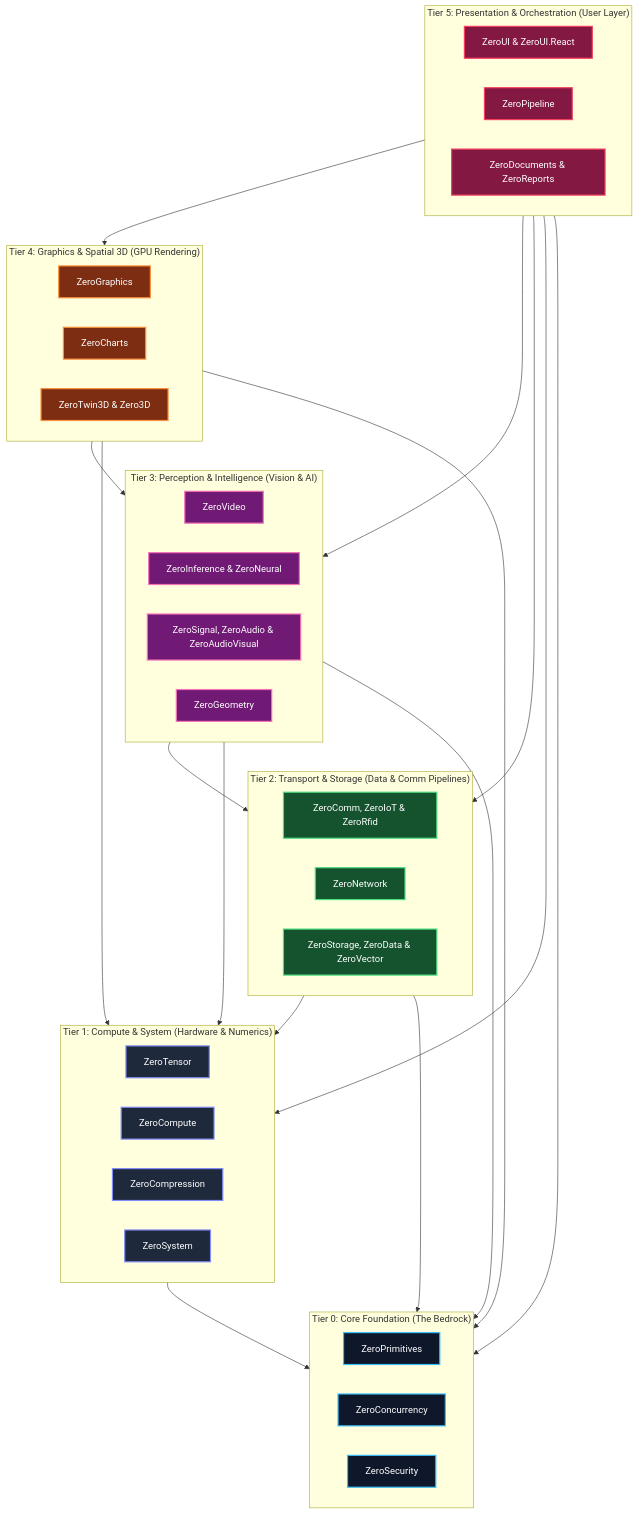
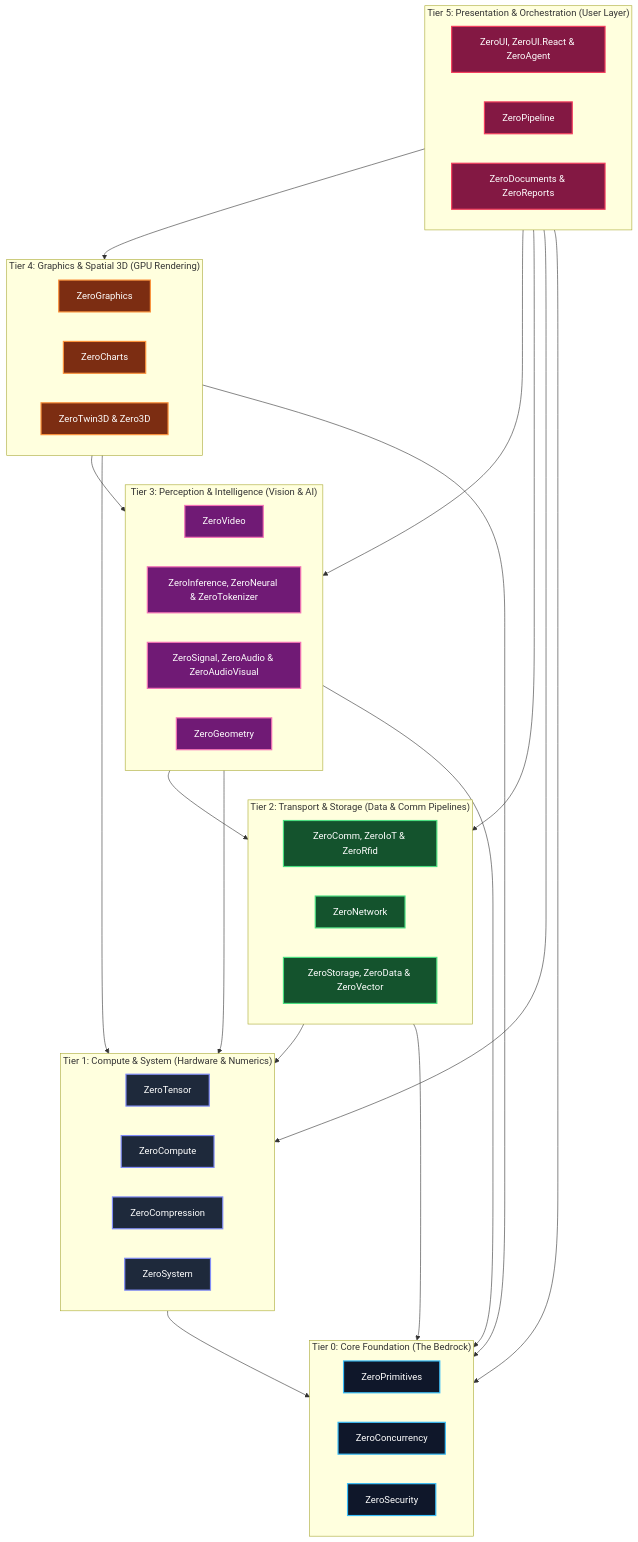
One commit to kzxl/ZeroPlatform changed the diagram in docs/architect/platform-architecture.md. Above: the diagram before and after it, drawn with Mermaid. The commit also changed other lines of this file and 5 other files, not shown here.

Commit message:
feat(orchestrator): integrate ZeroTokenizer (L3) and ZeroAgent (L5) into ecosystem

````diff
--- a/docs/architect/platform-architecture.md
+++ b/docs/architect/platform-architecture.md
@@ -13,53 +13,53 @@
 ```mermaid
 graph TD
     classDef l0 fill:#0f172a,stroke:#38bdf8,stroke-width:2px,color:#fff;
     classDef l1 fill:#1e293b,stroke:#818cf8,stroke-width:2px,color:#fff;
     classDef l2 fill:#14532d,stroke:#4ade80,stroke-width:2px,color:#fff;
     classDef l3 fill:#701a75,stroke:#f472b6,stroke-width:2px,color:#fff;
     classDef l4 fill:#7c2d12,stroke:#fb923c,stroke-width:2px,color:#fff;
     classDef l5 fill:#831843,stroke:#f43f5e,stroke-width:2px,color:#fff;
 
     subgraph L5 ["Tier 5: Presentation & Orchestration (User Layer)"]
-        UI["ZeroUI & ZeroUI.React"]:::l5
+        UI["ZeroUI, ZeroUI.React & ZeroAgent"]:::l5
         Pipe["ZeroPipeline"]:::l5
         Docs["ZeroDocuments & ZeroReports"]:::l5
     end
 
     subgraph L4 ["Tier 4: Graphics & Spatial 3D (GPU Rendering)"]
         Gfx["ZeroGraphics"]:::l4
         Charts["ZeroCharts"]:::l4
         Twin["ZeroTwin3D & Zero3D"]:::l4
     end
 
     subgraph L3 ["Tier 3: Perception & Intelligence (Vision & AI)"]
         Video["ZeroVideo"]:::l3
-        Infer["ZeroInference & ZeroNeural"]:::l3
+        Infer["ZeroInference, ZeroNeural & ZeroTokenizer"]:::l3
         Sig["ZeroSignal, ZeroAudio & ZeroAudioVisual"]:::l3
         Geom["ZeroGeometry"]:::l3
     end
 
     subgraph L2 ["Tier 2: Transport & Storage (Data & Comm Pipelines)"]
         Comm["ZeroComm, ZeroIoT & ZeroRfid"]:::l2
         Net["ZeroNetwork"]:::l2
         Store["ZeroStorage, ZeroData & ZeroVector"]:::l2
     end
 
     subgraph L1 ["Tier 1: Compute & System (Hardware & Numerics)"]
         Tensor["ZeroTensor"]:::l1
         Comp["ZeroCompute"]:::l1
         Compres["ZeroCompression"]:::l1
         Sys["ZeroSystem"]:::l1
     end
 
     subgraph L0 ["Tier 0: Core Foundation (The Bedrock)"]
         Prim["ZeroPrimitives"]:::l0
         Conc["ZeroConcurrency"]:::l0
         Sec["ZeroSecurity"]:::l0
     end
 
     L5 --> L4 & L3 & L2 & L1 & L0
     L4 --> L3 & L1 & L0
     L3 --> L2 & L1 & L0
     L2 --> L1 & L0
     L1 --> L0
 ```
````
